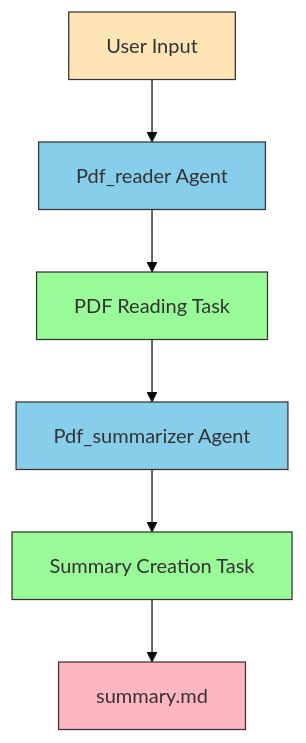
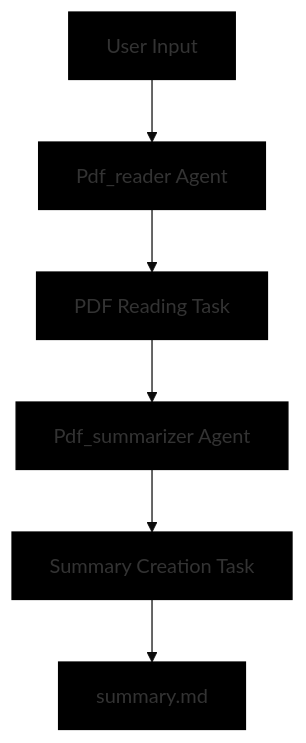
The diagram in rag_crew/README.md (akshaykarthicks/Rag_Crewai), drawn with Mermaid (base theme) before and after one commit.

````diff
--- a/rag_crew/README.md
+++ b/rag_crew/README.md
@@ -16,15 +16,16 @@
 ```mermaid
 graph TD
     A[User Input] --> B[Pdf_reader Agent];
     B --> C[PDF Reading Task];
     C --> D[Pdf_summarizer Agent];
     D --> E[Summary Creation Task];
     E --> F[summary.md];
     
-    style A fill:#FFE4B5,stroke:#333
-    style B fill:#87CEEB,stroke:#333
-    style C fill:#98FB98,stroke:#333
-    style D fill:#87CEEB,stroke:#333
-    style E fill:#98FB98,stroke:#333
-    style F fill:#FFB6C1,stroke:#333
+    style A fill:#000000,stroke:#000000
+style B fill:#000000,stroke:#000000
+style C fill:#000000,stroke:#000000
+style D fill:#000000,stroke:#000000
+style E fill:#000000,stroke:#000000
+style F fill:#000000,stroke:#000000
+
 ```
````
